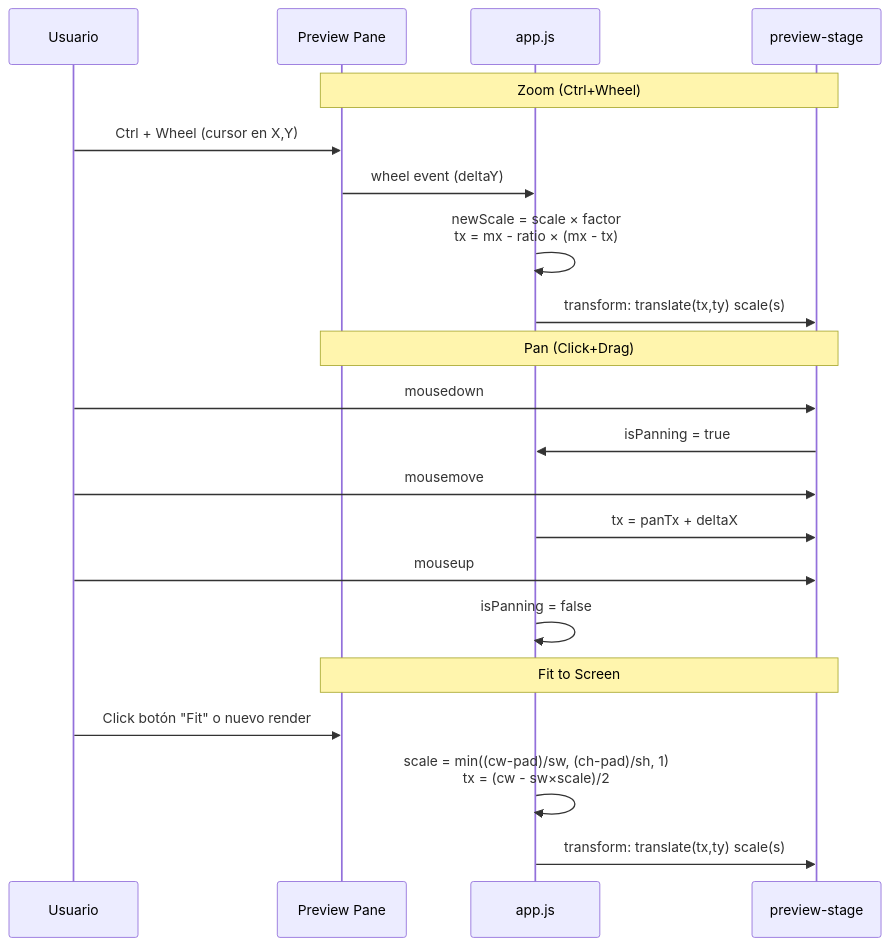
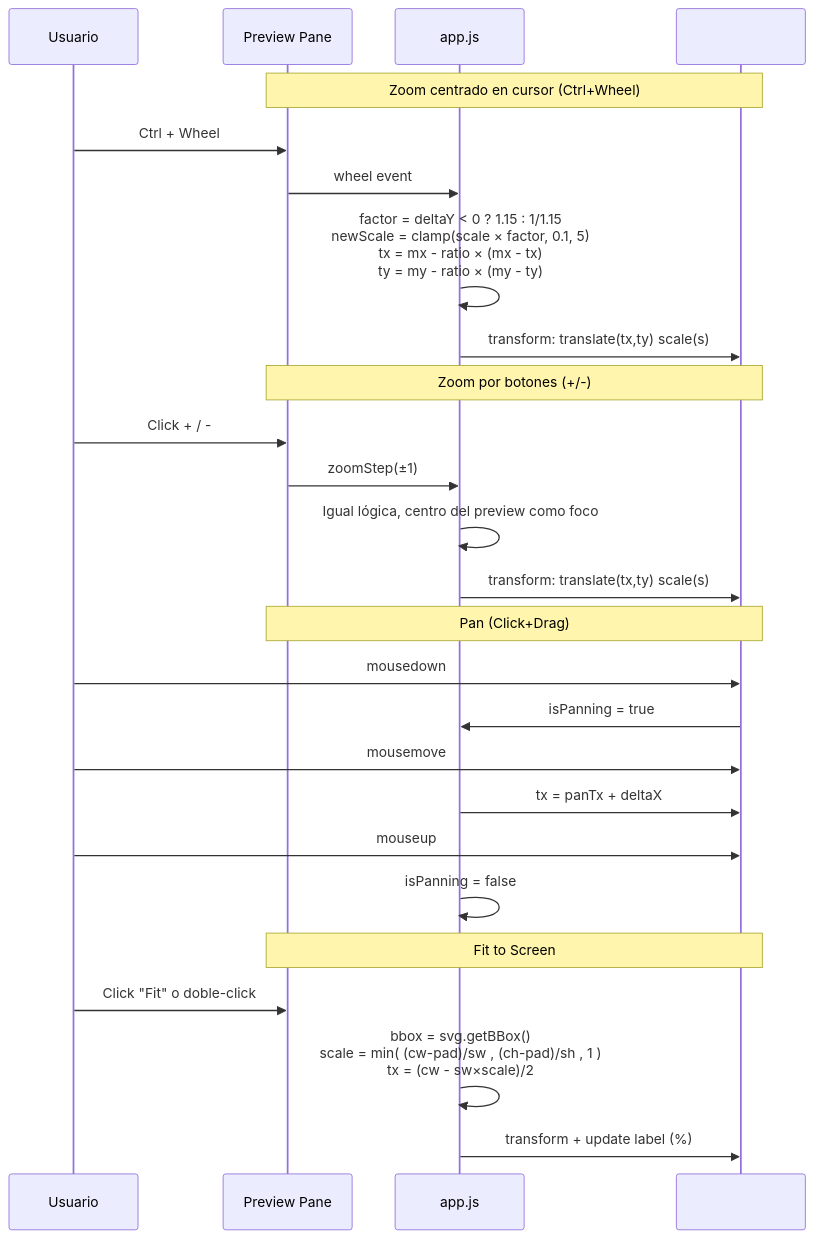
The seventh of 7 diagrams in README.md (BrunoEdPerezS/vizflow), drawn with Mermaid before and after one commit. The commit also changed other lines of this file, not shown here.

````diff
--- a/README.md
+++ b/README.md
@@ -138,26 +220,32 @@
 ```mermaid
 sequenceDiagram
     participant U as Usuario
     participant PP as Preview Pane
     participant APP as app.js
-    participant STG as preview-stage
+    participant STG as #preview-stage
 
-    Note over PP,STG: Zoom (Ctrl+Wheel)
-    U->>PP: Ctrl + Wheel (cursor en X,Y)
-    PP->>APP: wheel event (deltaY)
-    APP->>APP: newScale = scale × factor<br/>tx = mx - ratio × (mx - tx)
+    Note over PP,STG: Zoom centrado en cursor (Ctrl+Wheel)
+    U->>PP: Ctrl + Wheel
+    PP->>APP: wheel event
+    APP->>APP: factor = deltaY < 0 ? 1.15 : 1/1.15<br/>newScale = clamp(scale × factor, 0.1, 5)<br/>tx = mx - ratio × (mx - tx)<br/>ty = my - ratio × (my - ty)
+    APP->>STG: transform: translate(tx,ty) scale(s)
+
+    Note over PP,STG: Zoom por botones (+/-)
+    U->>PP: Click + / -
+    PP->>APP: zoomStep(±1)
+    APP->>APP: Igual lógica, centro del preview como foco
     APP->>STG: transform: translate(tx,ty) scale(s)
 
     Note over PP,STG: Pan (Click+Drag)
     U->>STG: mousedown
     STG->>APP: isPanning = true
     U->>STG: mousemove
     APP->>STG: tx = panTx + deltaX
     U->>STG: mouseup
     APP->>APP: isPanning = false
 
     Note over PP,STG: Fit to Screen
-    U->>PP: Click botón "Fit" o nuevo render
-    APP->>APP: scale = min((cw-pad)/sw, (ch-pad)/sh, 1)<br/>tx = (cw - sw×scale)/2
-    APP->>STG: transform: translate(tx,ty) scale(s)
+    U->>PP: Click "Fit" o doble-click
+    APP->>APP: bbox = svg.getBBox()<br/>scale = min( (cw-pad)/sw , (ch-pad)/sh , 1 )<br/>tx = (cw - sw×scale)/2
+    APP->>STG: transform + update label (%)
 ```
````
